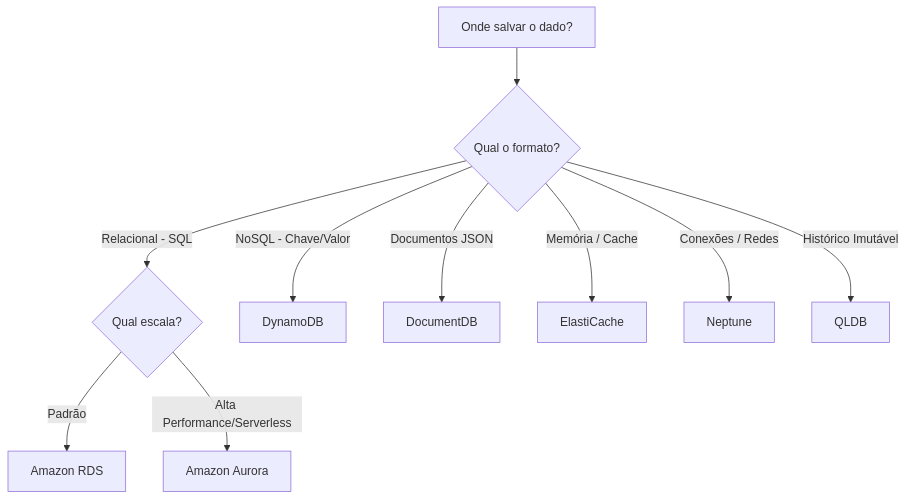
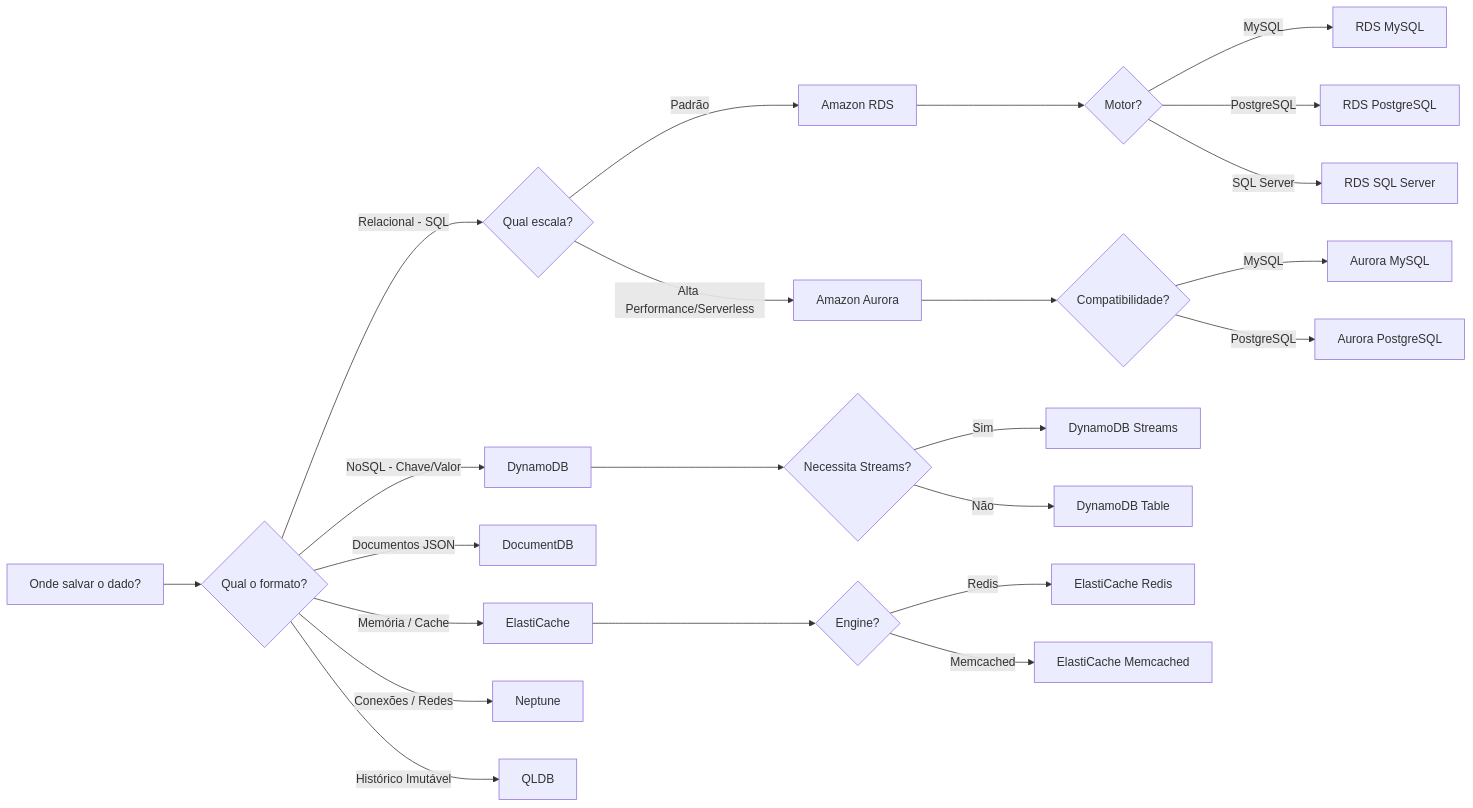
The fifth of 10 diagrams in minimal/decision-trees-aws-services.md (marcelooliveira/flashcards-aws), drawn with Mermaid before and after one commit. The commit also changed other lines of this file and 11 other files, not shown here.

````diff
--- a/minimal/decision-trees-aws-services.md
+++ b/minimal/decision-trees-aws-services.md
@@ -59,12 +132,25 @@
 ```mermaid
-graph TD
+graph LR
     A[Onde salvar o dado?] --> B{Qual o formato?}
     B -- Relacional - SQL --> C{Qual escala?}
     C -- Padrão --> D[Amazon RDS]
+    D --> D1{Motor?}
+    D1 -- MySQL --> D2[RDS MySQL]
+    D1 -- PostgreSQL --> D3[RDS PostgreSQL]
+    D1 -- SQL Server --> D4[RDS SQL Server]
     C -- Alta Performance/Serverless --> E[Amazon Aurora]
+    E --> E1{Compatibilidade?}
+    E1 -- MySQL --> E2[Aurora MySQL]
+    E1 -- PostgreSQL --> E3[Aurora PostgreSQL]
     B -- NoSQL - Chave/Valor --> F[DynamoDB]
+    F --> F1{Necessita Streams?}
+    F1 -- Sim --> F2[DynamoDB Streams]
+    F1 -- Não --> F3[DynamoDB Table]
     B -- Documentos JSON --> G[DocumentDB]
     B -- Memória / Cache --> H[ElastiCache]
+    H --> H1{Engine?}
+    H1 -- Redis --> H2[ElastiCache Redis]
+    H1 -- Memcached --> H3[ElastiCache Memcached]
     B -- Conexões / Redes --> I[Neptune]
     B -- Histórico Imutável --> J[QLDB]
 ```
````
